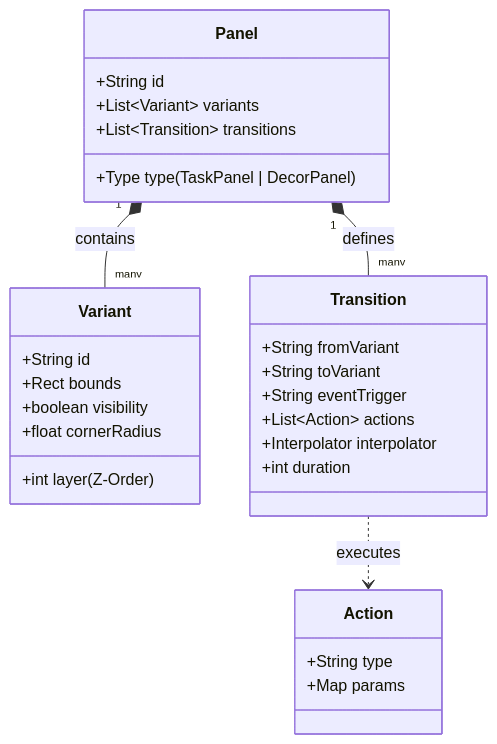
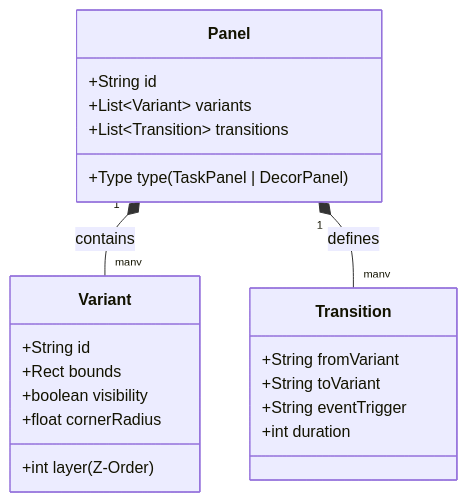
One commit to hemangpandhi/ScalableUI changed the second of 3 diagrams in ARCHITECTURE.md. Above: the diagram before and after it, drawn with Mermaid. The commit also changed other lines of this file, not shown here.

Commit message:
Update architecture documentation for Fluidic Precision UI

````diff
--- a/ARCHITECTURE.md
+++ b/ARCHITECTURE.md
@@ -81,31 +81,24 @@
 ```mermaid
 classDiagram
     class Panel {
         +String id
         +Type type (TaskPanel | DecorPanel)
         +List~Variant~ variants
         +List~Transition~ transitions
     }
     class Variant {
         +String id
         +Rect bounds
         +int layer (Z-Order)
         +boolean visibility
         +float cornerRadius
     }
     class Transition {
         +String fromVariant
         +String toVariant
         +String eventTrigger
-        +List~Action~ actions
-        +Interpolator interpolator
         +int duration
-    }
-    class Action {
-        +String type
-        +Map params
     }
     Panel "1" *-- "many" Variant : contains
     Panel "1" *-- "many" Transition : defines
-    Transition ..> Action : executes
 ```
````
